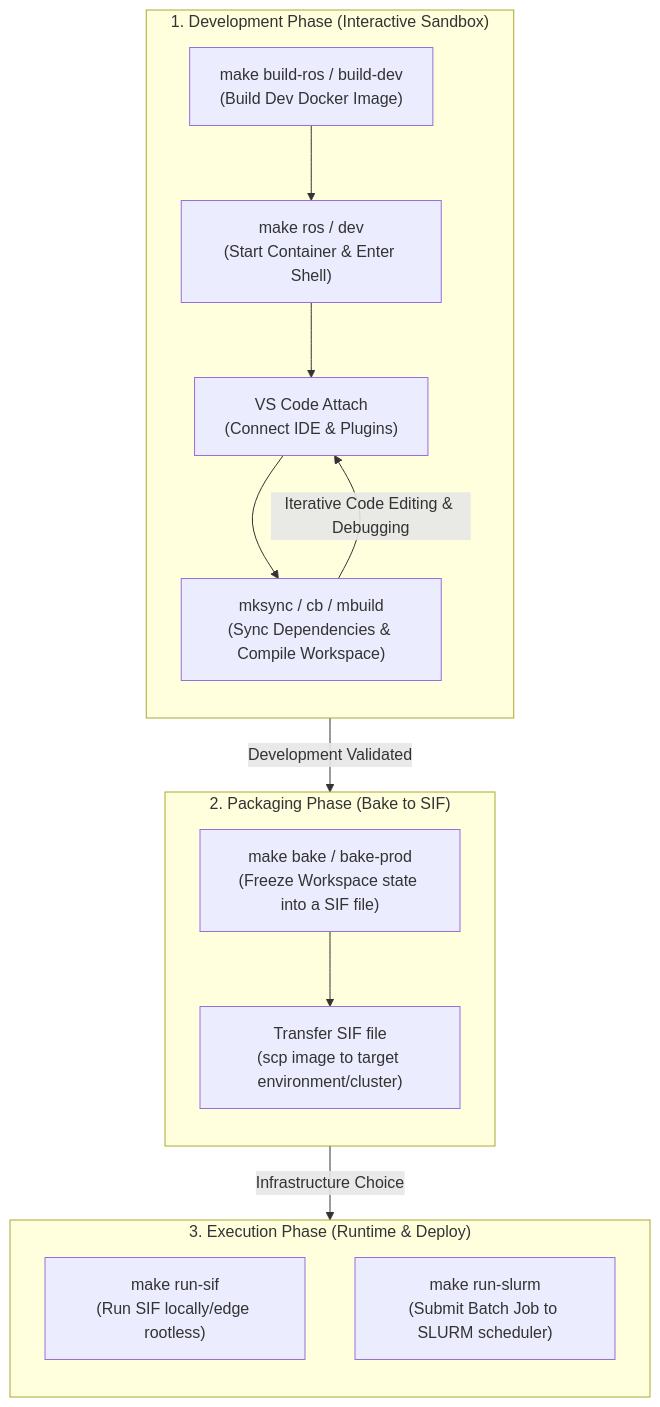
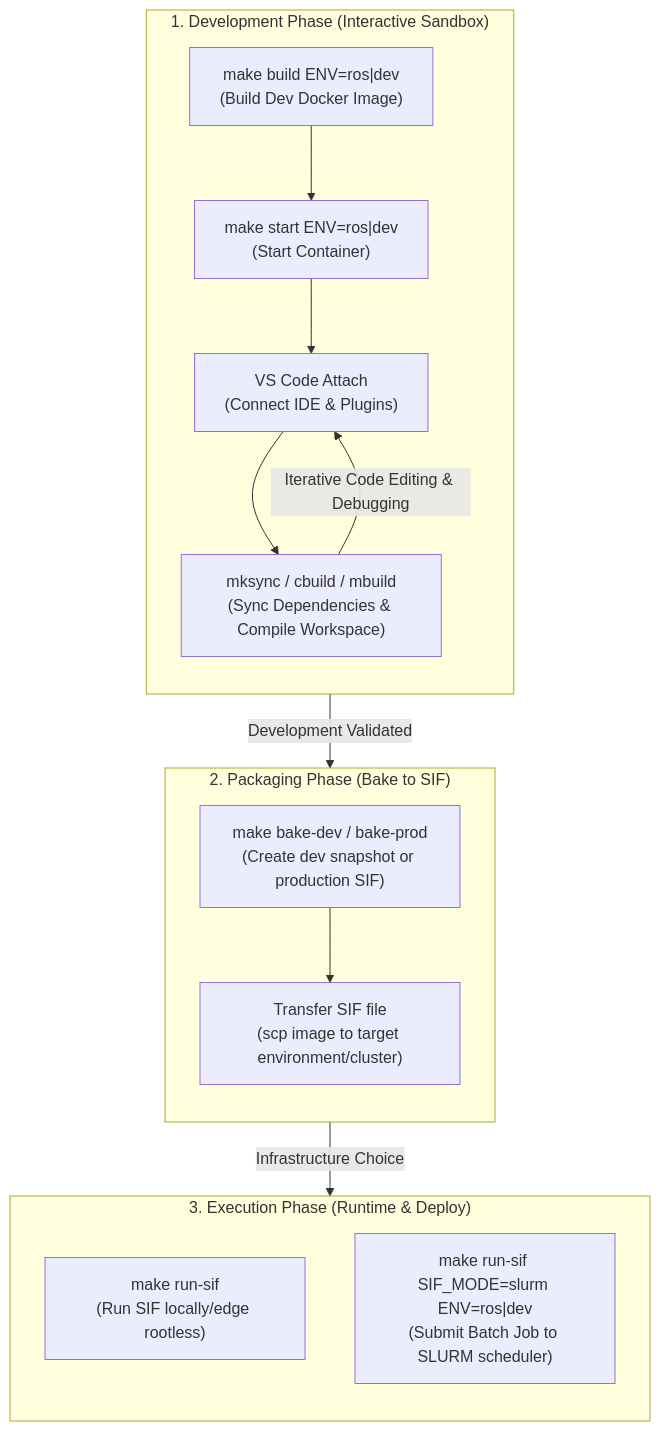
One commit to Lee-hwansoo/DevKit changed the third of 5 diagrams in README.md. Above: the diagram before and after it, drawn with Mermaid. The commit also changed other lines of this file and 43 other files, not shown here.

First line of the commit message:
refactor: introduce DevKit production orchestration and zero-fork performance optimizations

````diff
--- a/README.md
+++ b/README.md
@@ -185,29 +188,29 @@
 ```mermaid
 flowchart TD
     %% 1. Development Phase
     subgraph DevPhase["1. Development Phase (Interactive Sandbox)"]
         direction TB
-        A["make build-ros / build-dev<br/>(Build Dev Docker Image)"] --> B["make ros / dev<br/>(Start Container & Enter Shell)"]
+        A["make build ENV=ros|dev<br/>(Build Dev Docker Image)"] --> B["make start ENV=ros|dev<br/>(Start Container)"]
         B --> C["VS Code Attach<br/>(Connect IDE & Plugins)"]
-        C --> D["mksync / cb / mbuild<br/>(Sync Dependencies & Compile Workspace)"]
+        C --> D["mksync / cbuild / mbuild<br/>(Sync Dependencies & Compile Workspace)"]
         D -->|Iterative Code Editing & Debugging| C
     end
 
     %% 2. Packaging Phase
     subgraph BakePhase["2. Packaging Phase (Bake to SIF)"]
         direction TB
-        E["make bake / bake-prod<br/>(Freeze Workspace state into a SIF file)"]
+        E["make bake-dev / bake-prod<br/>(Create dev snapshot or production SIF)"]
         F["Transfer SIF file<br/>(scp image to target environment/cluster)"]
         E --> F
     end
 
     %% 3. Execution Phase
     subgraph DeployPhase["3. Execution Phase (Runtime & Deploy)"]
         direction TB
         G["make run-sif<br/>(Run SIF locally/edge rootless)"]
-        H["make run-slurm<br/>(Submit Batch Job to SLURM scheduler)"]
+        H["make run-sif SIF_MODE=slurm ENV=ros|dev<br/>(Submit Batch Job to SLURM scheduler)"]
     end
 
     DevPhase -->|Development Validated| BakePhase
     BakePhase -->|Infrastructure Choice| DeployPhase
 ```
````
